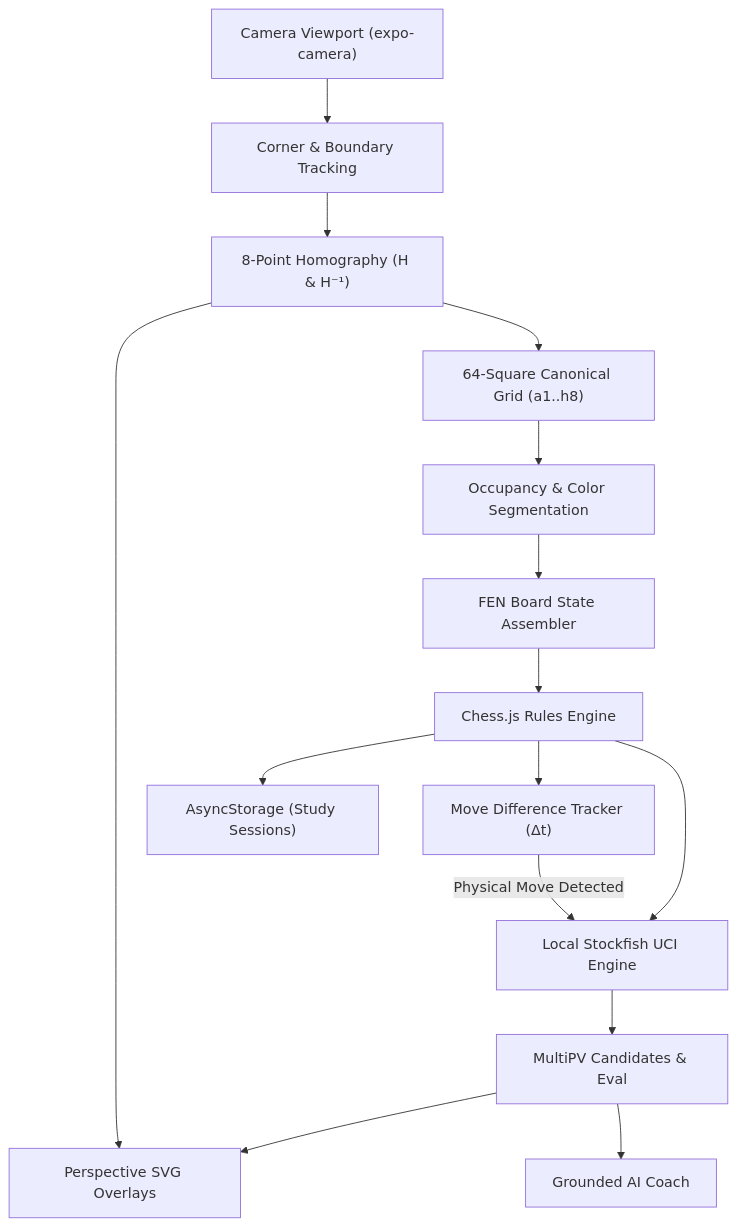
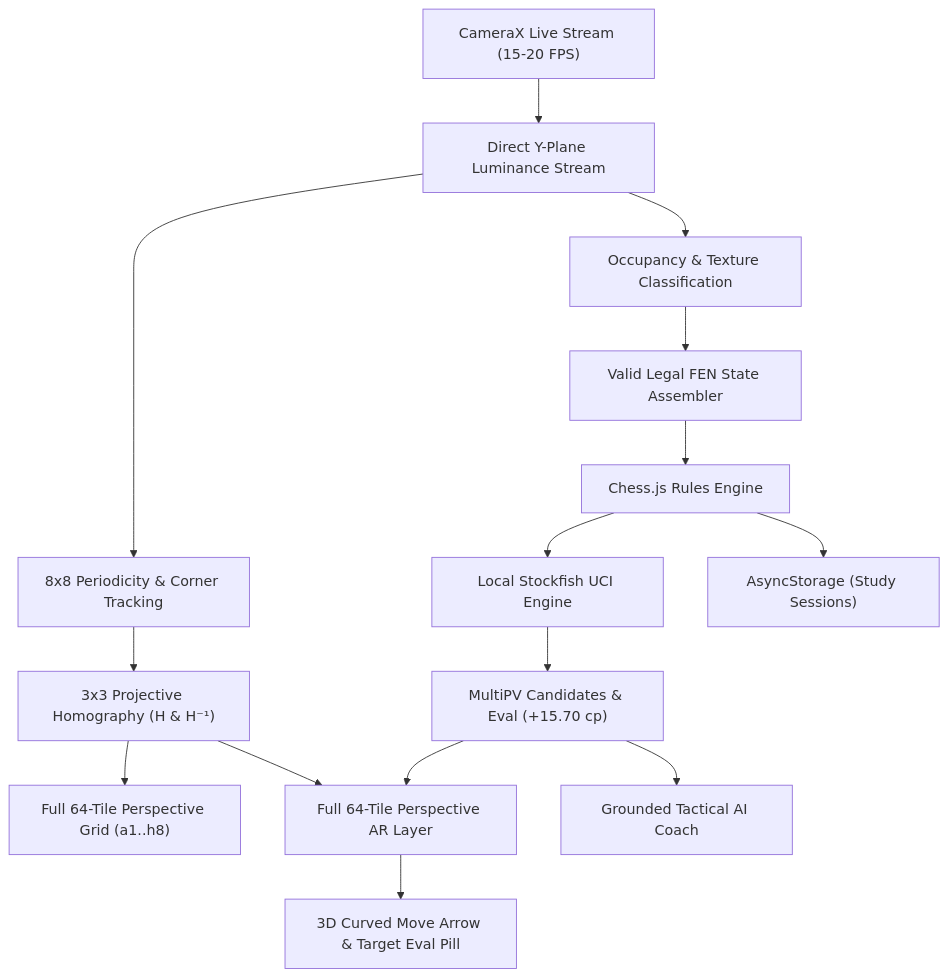
One commit to darknecrocities/CheckmateAR changed the diagram in README.md. Above: the diagram before and after it, drawn with Mermaid. The commit also changed other lines of this file and 3 other files, not shown here.

First line of the commit message:
docs: update architectural flow, CameraX stream reference, 64-tile AR perspective, and test reports

````diff
--- a/README.md
+++ b/README.md
@@ -12,17 +12,17 @@
 ```mermaid
 flowchart TD
-    Camera["Camera Viewport (expo-camera)"] --> Quad["Corner & Boundary Tracking"]
-    Quad --> Homography["8-Point Homography (H & H⁻¹)"]
-    Homography --> TileMap["64-Square Canonical Grid (a1..h8)"]
-    TileMap --> Classifier["Occupancy & Color Segmentation"]
-    Classifier --> FEN["FEN Board State Assembler"]
+    Camera["CameraX Live Stream (15-20 FPS)"] --> Frame["Direct Y-Plane Luminance Stream"]
+    Frame --> CornerTrack["8x8 Periodicity & Corner Tracking"]
+    CornerTrack --> Homography["3x3 Projective Homography (H & H⁻¹)"]
+    Homography --> TileMap["Full 64-Tile Perspective Grid (a1..h8)"]
+    Frame --> PieceTokens["Occupancy & Texture Classification"]
+    PieceTokens --> FEN["Valid Legal FEN State Assembler"]
     FEN --> Validator["Chess.js Rules Engine"]
     Validator --> Stockfish["Local Stockfish UCI Engine"]
-    Validator --> DiffTracker["Move Difference Tracker (Δt)"]
-    Stockfish --> MultiPV["MultiPV Candidates & Eval"]
-    MultiPV --> AR["Perspective SVG Overlays"]
-    Homography --> AR
-    MultiPV --> Coach["Grounded AI Coach"]
-    DiffTracker -->|Physical Move Detected| Stockfish
+    Stockfish --> MultiPV["MultiPV Candidates & Eval (+15.70 cp)"]
+    Homography --> AR["Full 64-Tile Perspective AR Layer"]
+    MultiPV --> AR
+    AR --> TacticalArrows["3D Curved Move Arrow & Target Eval Pill"]
+    MultiPV --> Coach["Grounded Tactical AI Coach"]
     Validator --> LocalStore["AsyncStorage (Study Sessions)"]
 ```
````
